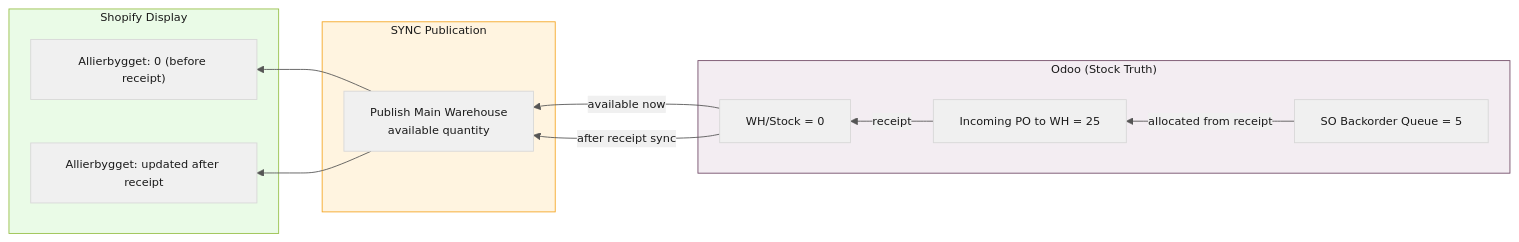
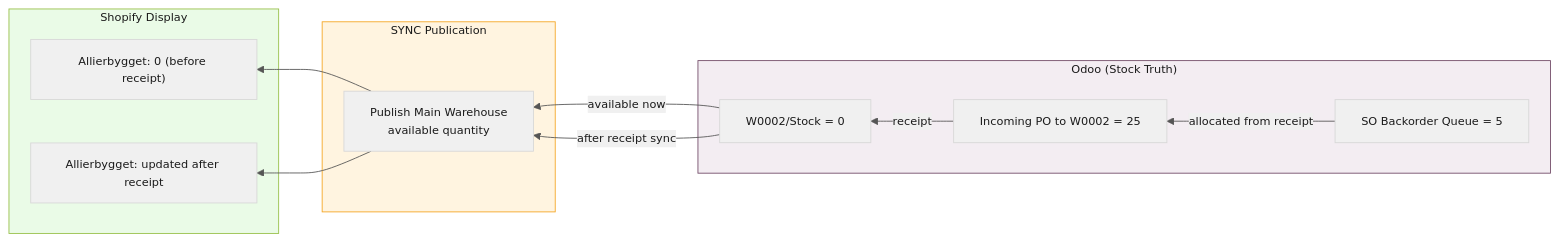
One commit to ozan-droid/documents changed diagram 11 of 16 in shopify-sync-odoo-scenarios.md. Above: the diagram before and after it, drawn with Mermaid. The commit also changed other lines of this file, not shown here.

````diff
--- a/shopify-sync-odoo-scenarios.md
+++ b/shopify-sync-odoo-scenarios.md
@@ -459,29 +459,29 @@
 ```mermaid
 %%{init: {'theme': 'base', 'themeVariables': {'primaryColor': '#f0f0f0', 'primaryTextColor': '#1a1a1a', 'lineColor': '#555', 'textColor': '#1a1a1a', 'fontSize': '13px'}}}%%
 flowchart RL
     subgraph Odoo ["Odoo (Stock Truth)"]
-        WH["WH/Stock = 0"]
-        PIN["Incoming PO to WH = 25"]
+        WH["W0002/Stock = 0"]
+        PIN["Incoming PO to W0002 = 25"]
         BO["SO Backorder Queue = 5"]
     end
 
     subgraph SYNC_FLOW ["SYNC Publication"]
         PUB["Publish Main Warehouse\navailable quantity"]
     end
 
     subgraph Shopify ["Shopify Display"]
         SA["Allierbygget: 0 (before receipt)"]
         SA2["Allierbygget: updated after receipt"]
     end
 
     WH -->|"available now"| PUB
     PUB --> SA
     PIN -->|"receipt"| WH
     BO -->|"allocated from receipt"| PIN
     WH -->|"after receipt sync"| PUB
     PUB --> SA2
 
     style Odoo fill:#f3edf2,stroke:#714b67,color:#1a1a1a
     style SYNC_FLOW fill:#fff4e0,stroke:#f5a623,color:#1a1a1a
     style Shopify fill:#eafbe7,stroke:#96bf48,color:#1a1a1a
 ```
````
